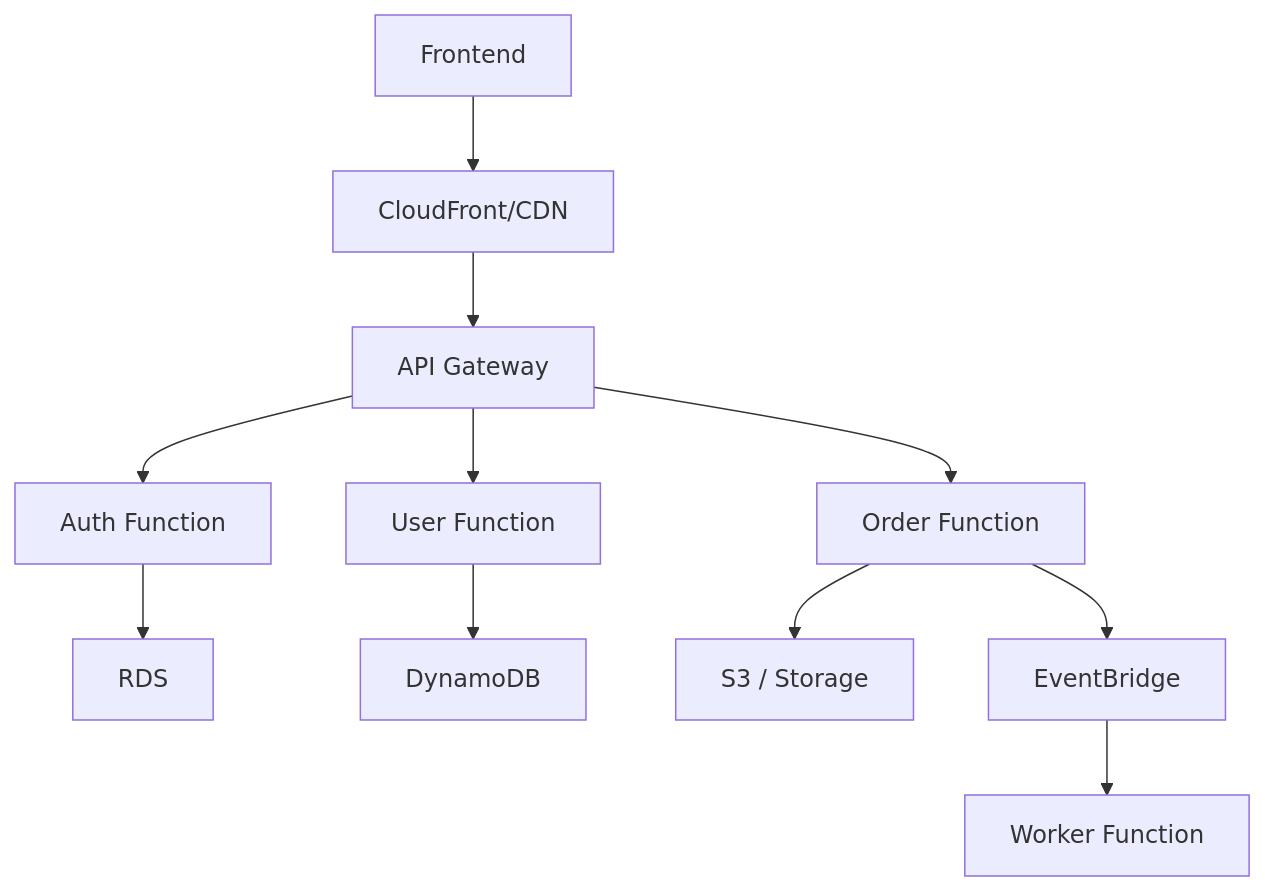
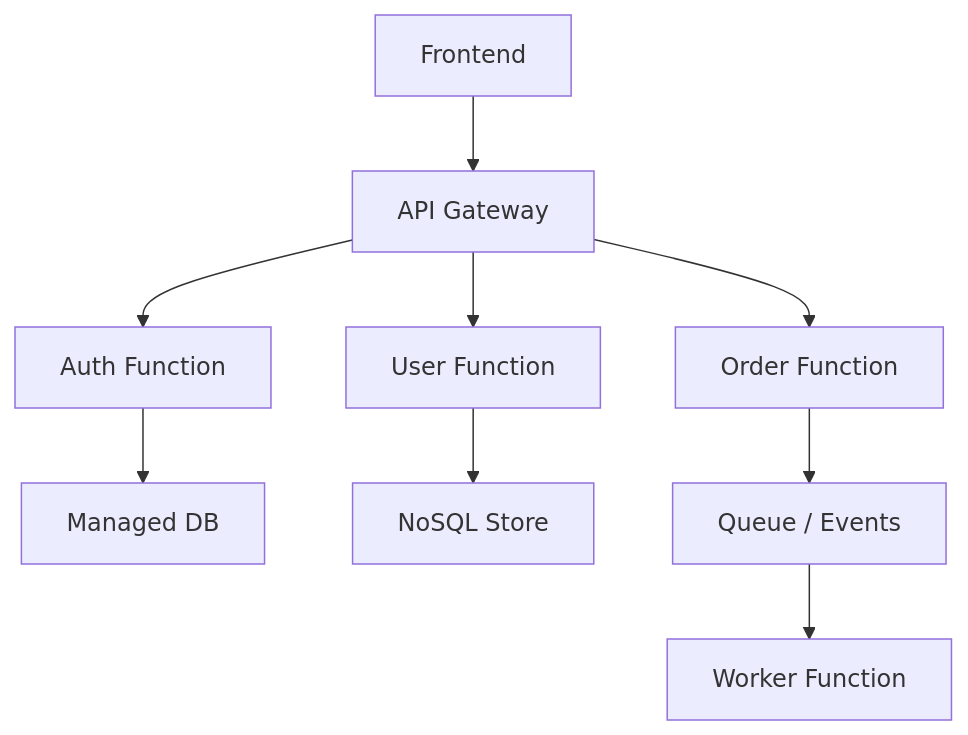
Before and after one commit to quesiblaq442-del/architecture-diagram: the fourth of 26 diagrams in ARCHITECTURE.md, drawn with Mermaid. The commit also changed other lines of this file, not shown here.

Commit message:
Refresh the architecture document for a more polished, eye-catching overview

````diff
--- a/ARCHITECTURE.md
+++ b/ARCHITECTURE.md
@@ -80,14 +123,12 @@
 ```mermaid
 graph TB
-    Web["Frontend"] --> Edge["CloudFront/CDN"]
-    Edge --> API["API Gateway"]
-    API --> AuthF["Auth Function"]
-    API --> UserF["User Function"]
-    API --> OrderF["Order Function"]
+    Frontend["Frontend"] --> API["API Gateway"]
+    API --> AuthFn["Auth Function"]
+    API --> UserFn["User Function"]
+    API --> OrderFn["Order Function"]
 
-    AuthF --> RDS["RDS"]
-    UserF --> Dynamo["DynamoDB"]
-    OrderF --> S3["S3 / Storage"]
-    OrderF --> EventBridge["EventBridge"]
-    EventBridge --> Worker["Worker Function"]
+    AuthFn --> RDS["Managed DB"]
+    UserFn --> Dynamo["NoSQL Store"]
+    OrderFn --> Queue["Queue / Events"]
+    Queue --> WorkerFn["Worker Function"]
 ```
````
